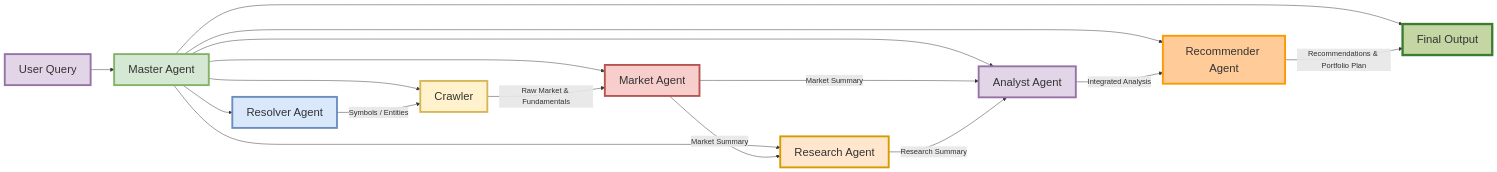
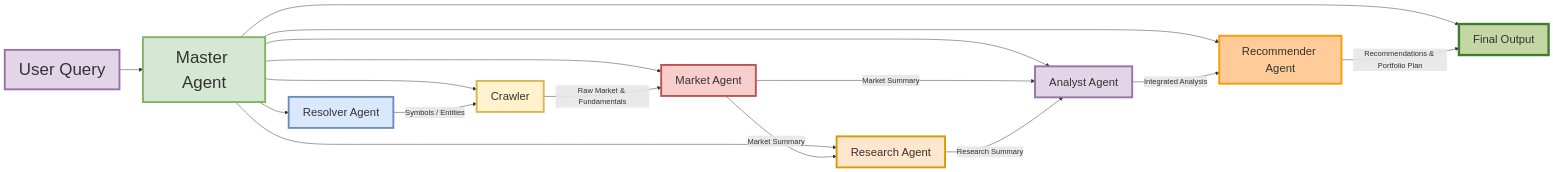
Before and after one commit to AI-lab-sh/Multi-agent-financial-analysis: the diagram in README.md, drawn with Mermaid.

````diff
--- a/README.md
+++ b/README.md
@@ -10,35 +10,35 @@
 ```mermaid
 %% Enlarged diagram for very high visibility
 %% Increase node size, font, and spacing for clarity
 graph LR
 A[User Query] --> B[Master Agent]
 
 %% Master orchestrates all agents
 B --> C[Resolver Agent]
 B --> D[Crawler]
 B --> E[Market Agent]
 B --> F[Research Agent]
 B --> G[Analyst Agent]
 B --> H[Recommender Agent]
 B --> I[Final Output]
 
 %% Data flow
 C -- "Symbols / Entities" --> D
 D -- "Raw Market & Fundamentals" --> E
 E -- "Market Summary" --> F
 E -- "Market Summary" --> G
 F -- "Research Summary" --> G
 G -- "Integrated Analysis" --> H
 H -- "Recommendations & Portfolio Plan" --> I
 
 %% Styles with larger font and thicker borders
-style A fill:#e1d5e7,stroke:#9673a6,stroke-width:4px,font-size:24px
-style B fill:#d5e8d4,stroke:#82b366,stroke-width:4px,font-size:24px
+style A fill:#e1d5e7,stroke:#9673a6,stroke-width:4px,font-size:36px
+style B fill:#d5e8d4,stroke:#82b366,stroke-width:4px,font-size:36px
 style C fill:#dae8fc,stroke:#6c8ebf,stroke-width:4px,font-size:24px
 style D fill:#fff2cc,stroke:#d6b656,stroke-width:4px,font-size:24px
 style E fill:#f8cecc,stroke:#b85450,stroke-width:4px,font-size:24px
 style F fill:#ffe6cc,stroke:#d79b00,stroke-width:4px,font-size:24px
 style G fill:#e2d5e7,stroke:#9673a6,stroke-width:4px,font-size:24px
 style H fill:#ffcc99,stroke:#ff9900,stroke-width:4px,font-size:24px
 style I fill:#c3d6a3,stroke:#3c7e2e,stroke-width:5px,font-size:24px
 ```
````
